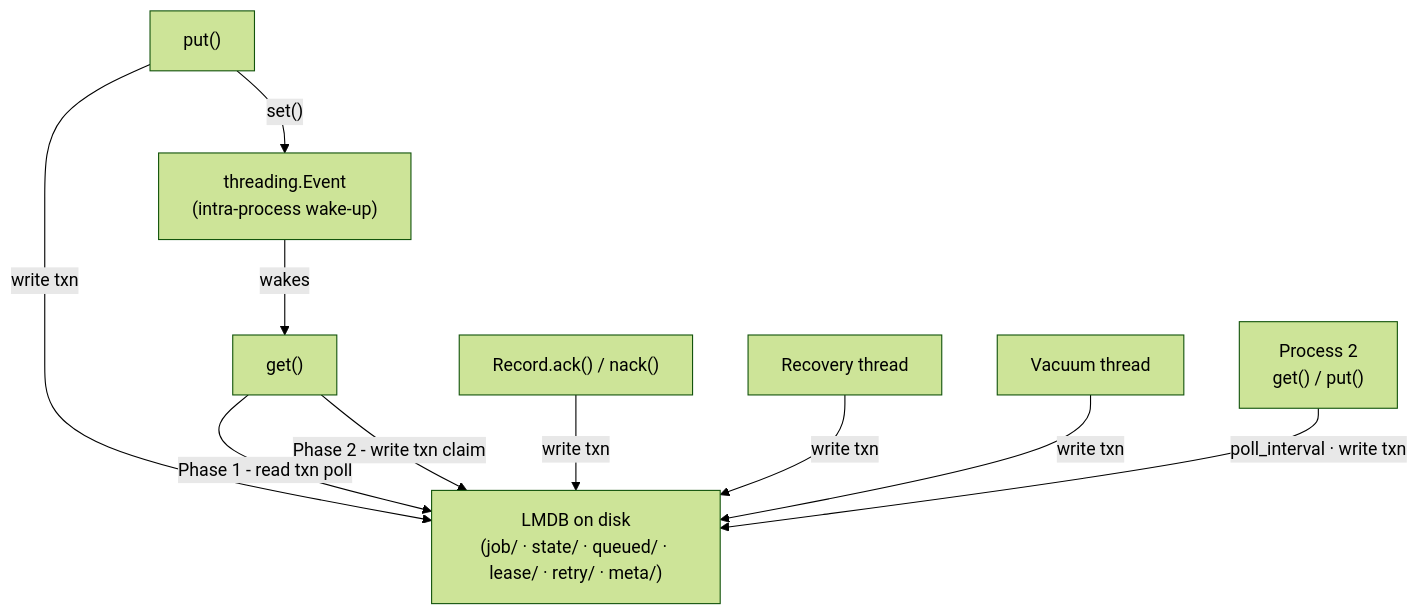
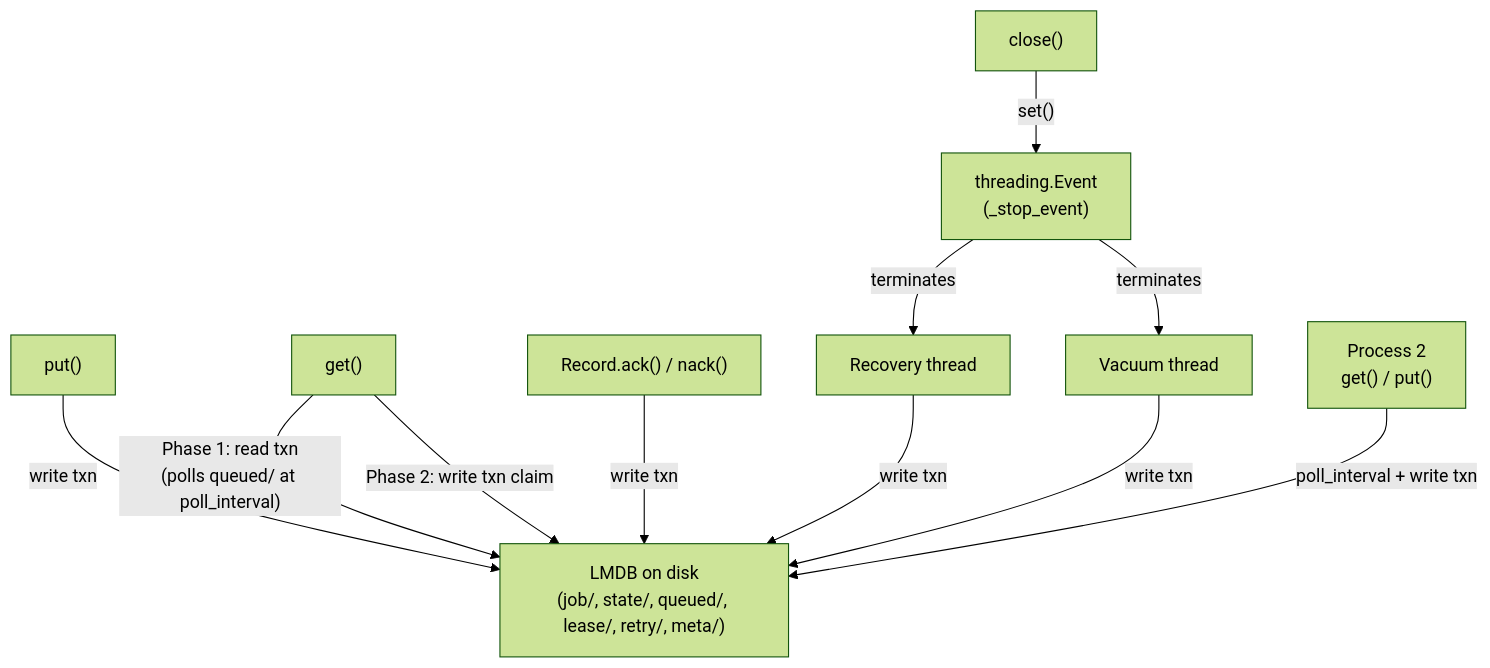
One commit to PabloSanchi/equeue changed the first of 3 diagrams in docs/rfc.md. Above: the diagram before and after it, drawn with Mermaid (forest theme). The commit also changed other lines of this file and 2 other files, not shown here.

````diff
--- a/docs/rfc.md
+++ b/docs/rfc.md
@@ -47,12 +47,13 @@
 ```mermaid
 flowchart TD
-    PUT["put()"] -->|"write txn"| DB["LMDB on disk\n(job/ · state/ · queued/ · lease/ · retry/ · meta/)"]
-    PUT -->|"set()"| EVT["threading.Event\n(intra-process wake-up)"]
-    EVT -->|"wakes"| GET["get()"]
-    GET -->|"Phase 1 - read txn poll"| DB
-    GET -->|"Phase 2 - write txn claim"| DB
+    PUT["put()"] -->|"write txn"| DB["LMDB on disk\n(job/, state/, queued/, lease/, retry/, meta/)"]
+    GET["get()"] -->|"Phase 1: read txn\n(polls queued/ at poll_interval)"| DB
+    GET -->|"Phase 2: write txn claim"| DB
     REC["Record.ack() / nack()"] -->|"write txn"| DB
     BG1["Recovery thread"] -->|"write txn"| DB
     BG2["Vacuum thread"] -->|"write txn"| DB
-    P2["Process 2\nget() / put()"] -->|"poll_interval · write txn"| DB
+    CLOSE["close()"] -->|"set()"| STOP["threading.Event\n(_stop_event)"]
+    STOP -->|"terminates"| BG1
+    STOP -->|"terminates"| BG2
+    P2["Process 2\nget() / put()"] -->|"poll_interval + write txn"| DB
 ```
````
